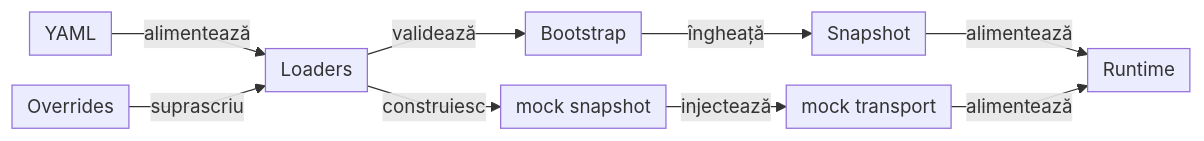
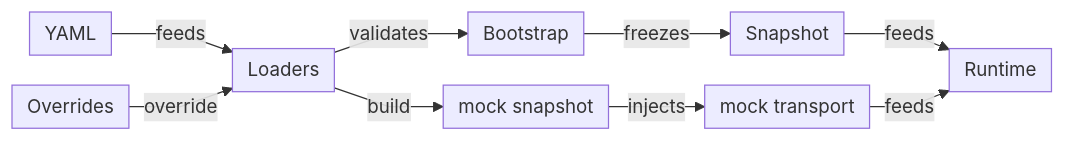
One commit to crististefanita/atf_j1 changed the eighth of 12 diagrams in docs/ATF_Architecture.md. Above: the diagram before and after it, drawn with Mermaid. The commit also changed other lines of this file and 83 other files, not shown here.

````diff
--- a/docs/ATF_Architecture.md
+++ b/docs/ATF_Architecture.md
@@ -525,12 +527,12 @@
 ```mermaid
 %%{init: {"themeVariables":{"fontSize":"15px"},"themeCSS":".nodeLabel, .nodeLabel p { font-size: 15px !important; line-height: 1.35 !important; } .edgeLabel, .edgeLabel p { font-size: 12px !important; font-weight: 400 !important; line-height: 1.2 !important; } .edgeLabel .labelBkg, .edgeLabel p { background: transparent !important; } .edgeLabel foreignObject { transform: translateY(-18px); overflow: visible; } .node rect { rx: 6px; ry: 6px; }","flowchart":{"curve":"linear","nodeSpacing":24,"rankSpacing":24,"padding":6,"diagramPadding":20}}}%%
 flowchart LR
-    Sources["YAML"] -->|alimentează| Loaders["Loaders"]
-    Overrides["Overrides"] -->|suprascriu| Loaders
-    Loaders -->|validează| Bootstrap["Bootstrap"]
-    Bootstrap -->|îngheață| Snapshot["Snapshot"]
-    Snapshot -->|alimentează| Runtime["Runtime"]
-    Loaders -->|construiesc| Mock["mock snapshot"]
-    Mock -->|injectează| Transport["mock transport"]
-    Transport -->|alimentează| Runtime
+    Sources["YAML"] -->|feeds| Loaders["Loaders"]
+    Overrides["Overrides"] -->|override| Loaders
+    Loaders -->|validates| Bootstrap["Bootstrap"]
+    Bootstrap -->|freezes| Snapshot["Snapshot"]
+    Snapshot -->|feeds| Runtime["Runtime"]
+    Loaders -->|build| Mock["mock snapshot"]
+    Mock -->|injects| Transport["mock transport"]
+    Transport -->|feeds| Runtime
 ```
````
